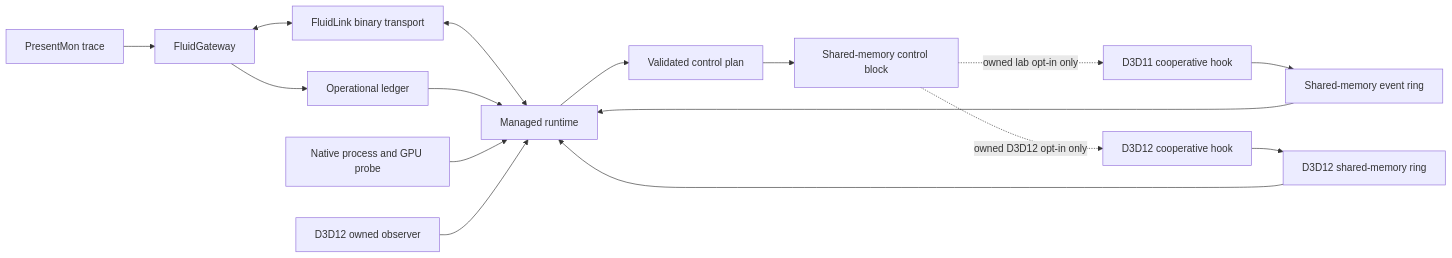
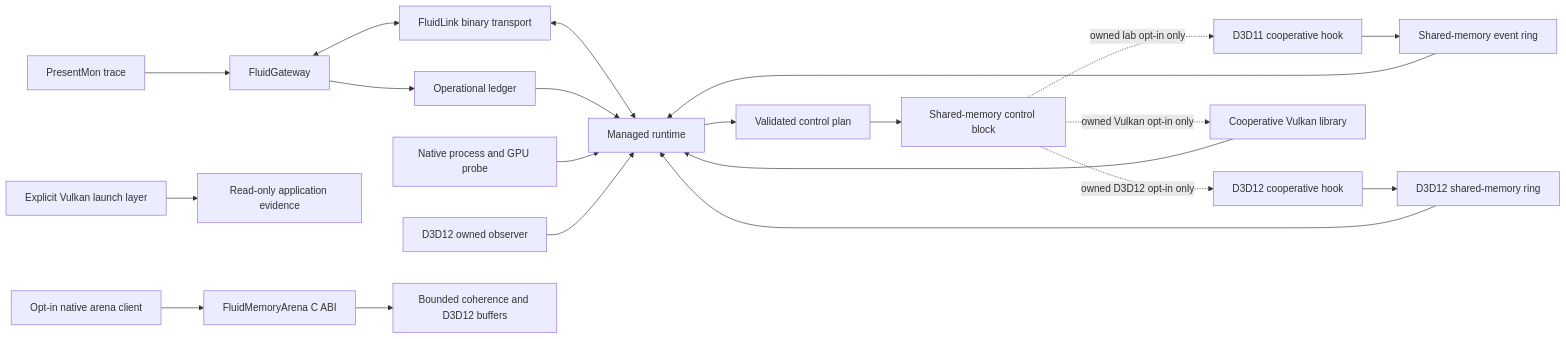
Before and after one commit to maxhuntert1414-max/FluidRuntime: the diagram in docs/architecture.md, drawn with Mermaid. The commit also changed other lines of this file and 23 other files, not shown here.

Commit message:
feat(memory): complete bounded D3D12 arena and refresh runtime docs

````diff
--- a/docs/architecture.md
+++ b/docs/architecture.md
@@ -8,18 +10,23 @@
 ```mermaid
 flowchart LR
     PM[PresentMon trace] --> FG[FluidGateway]
     FG --> L[Operational ledger]
     FG <--> FL[FluidLink binary transport]
     FL <--> MR[Managed runtime]
     L --> MR
     NP[Native process and GPU probe] --> MR
     D12[D3D12 owned observer] --> MR
     D12H[D3D12 cooperative hook] --> D12R[D3D12 shared-memory ring]
     D12R --> MR
     D3D[D3D11 cooperative hook] --> R[Shared-memory event ring]
     R --> MR
     MR --> P[Validated control plan]
     P --> C[Shared-memory control block]
     C -. owned lab opt-in only .-> D3D
     C -. owned D3D12 opt-in only .-> D12H
+    C -. owned Vulkan opt-in only .-> VK[Cooperative Vulkan library]
+    VK --> MR
+    APP[Explicit Vulkan launch layer] --> OBS[Read-only application evidence]
+    ARENA[Opt-in native arena client] --> MEM[FluidMemoryArena C ABI]
+    MEM --> COH[Bounded coherence and D3D12 buffers]
 ```
````
